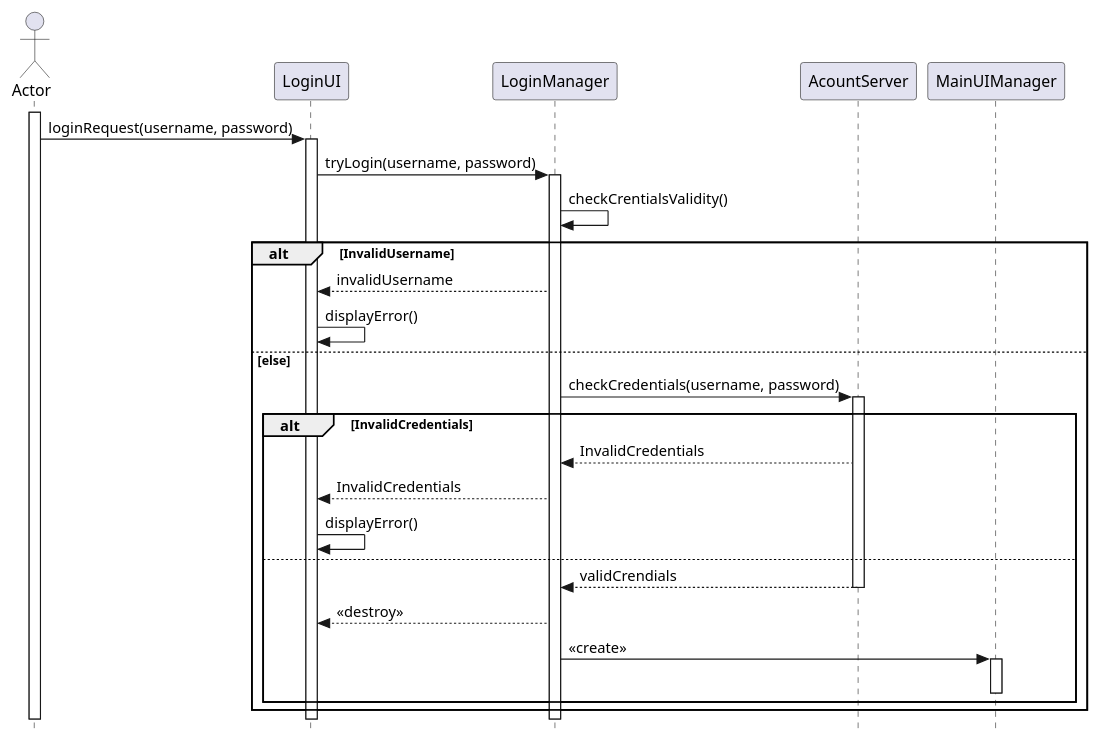
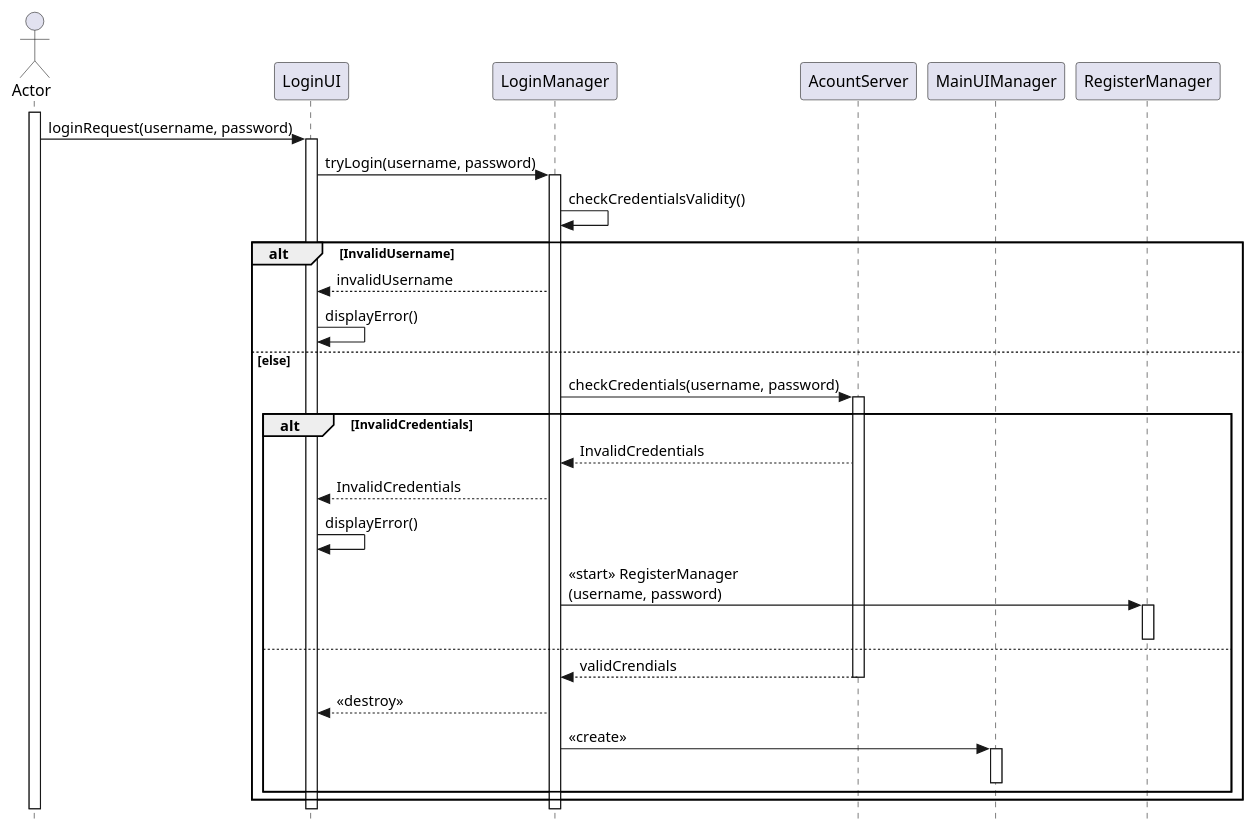
One commit to ulb-info2-group5/Royal-Blocks changed the diagram in SRD-DOC/uml/sequence/connexion/connexion.plantuml. Above: the diagram before and after it, drawn with PlantUML. The commit also changed 1 other file, not shown here.

Commit message:
Update connexion and inscription sequence diagrams (added scenario where user doesn't have an account + minor spelling error)

```diff
--- a/SRD-DOC/uml/sequence/connexion/connexion.plantuml
+++ b/SRD-DOC/uml/sequence/connexion/connexion.plantuml
@@ -1,38 +1,42 @@
 @startuml
 
 skinparam style strictuml
 actor Actor
 participant LoginUI
 participant LoginManager
 participant AcountServer
 participant MainUIManager
+participant RegisterManager
 
 activate Actor 
 Actor -> LoginUI : loginRequest(username, password)
 activate LoginUI
 LoginUI ->LoginManager : tryLogin(username, password)
 activate LoginManager 
-LoginManager -> LoginManager : checkCrentialsValidity()
+LoginManager -> LoginManager : checkCredentialsValidity()
 alt InvalidUsername
     LoginManager --> LoginUI : invalidUsername 
     LoginUI -> LoginUI : displayError()
 else else
     LoginManager -> AcountServer : checkCredentials(username, password)
     activate AcountServer
     alt InvalidCredentials 
         AcountServer --> LoginManager : InvalidCredentials
         LoginManager --> LoginUI : InvalidCredentials
         LoginUI -> LoginUI : displayError()
+        LoginManager -> RegisterManager : <<start>> RegisterManager\n(username, password)
+        activate RegisterManager
+        deactivate RegisterManager
 
     else
         AcountServer --> LoginManager : validCrendials
         deactivate AcountServer
         LoginManager --> LoginUI : <<destroy>>
         LoginManager -> MainUIManager : << create>>
         activate MainUIManager
         deactivate MainUIManager
 
     end   
 end 
 
 @enduml
```
